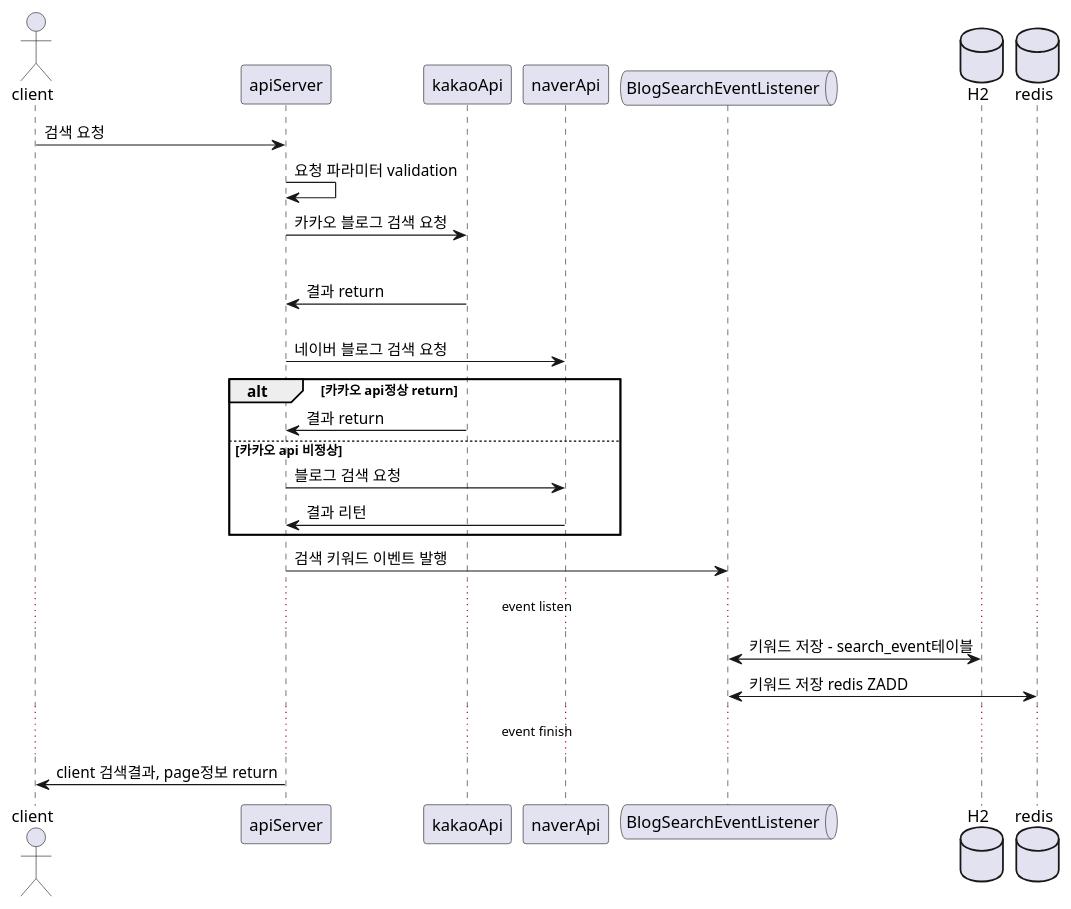
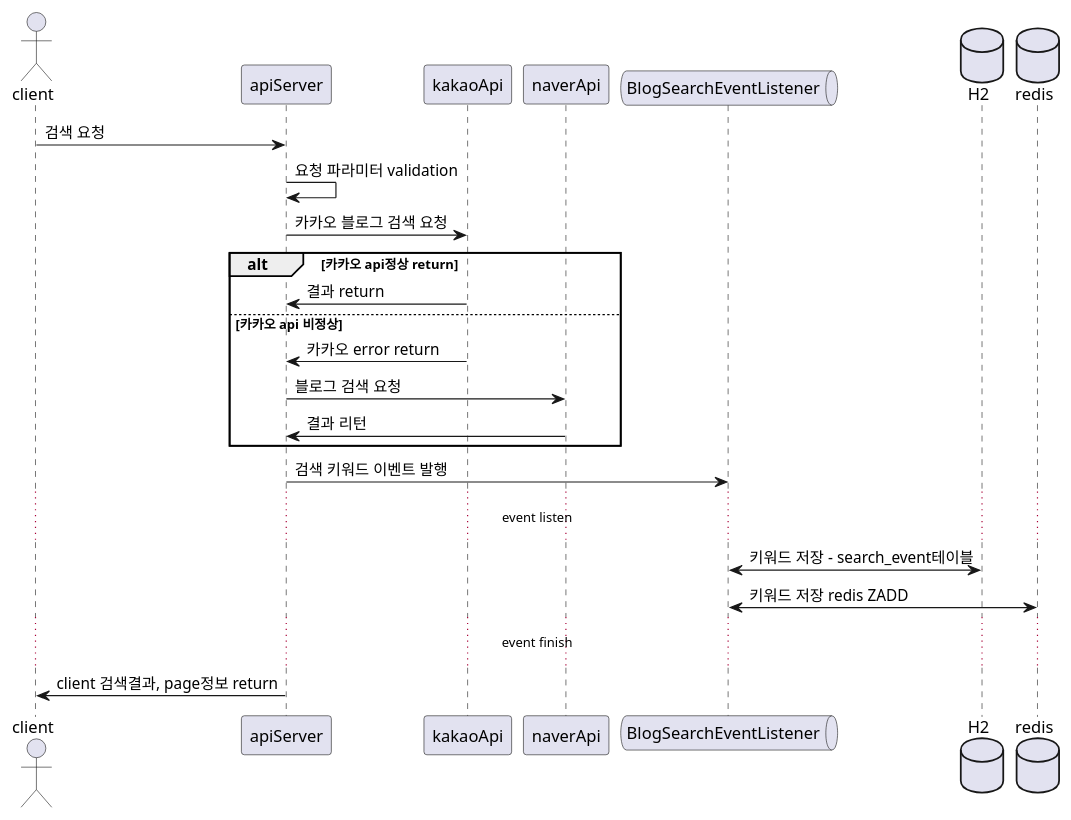
One commit to greenpkj/greenpkj changed the diagram in blogSearch.wsd. Above: the diagram before and after it, drawn with PlantUML. The commit also changed 1 other file, not shown here.

Commit message:
다이어그램 fix

```diff
--- a/blogSearch.wsd
+++ b/blogSearch.wsd
@@ -1,42 +1,34 @@
 @startuml
 
 actor client
 participant apiServer
 participant kakaoApi
 participant naverApi
 queue BlogSearchEventListener
 database H2
 database redis
 
 client -> apiServer: 검색 요청
 
 apiServer -> apiServer : 요청 파라미터 validation
 
 apiServer -> kakaoApi : 카카오 블로그 검색 요청
 
-alt successful case
-
-    kakaoApi -> apiServer: 결과 return
-
-else kakak api 통신 실패시
-
-    apiServer -> naverApi: 네이버 블로그 검색 요청
-
-
 alt 카카오 api정상 return
     kakaoApi -> apiServer: 결과 return
 
 else 카카오 api 비정상
+    kakaoApi -> apiServer : 카카오 error return
     apiServer -> naverApi: 블로그 검색 요청
     naverApi -> apiServer: 결과 리턴
 end
 
 apiServer -> BlogSearchEventListener: 검색 키워드 이벤트 발행
 
 ... event listen ...
 BlogSearchEventListener <-> H2 : 키워드 저장 - search_event테이블
 BlogSearchEventListener <-> redis : 키워드 저장 redis ZADD
 ... event finish ...
 
 apiServer -> client : client 검색결과, page정보 return
 @enduml
```
